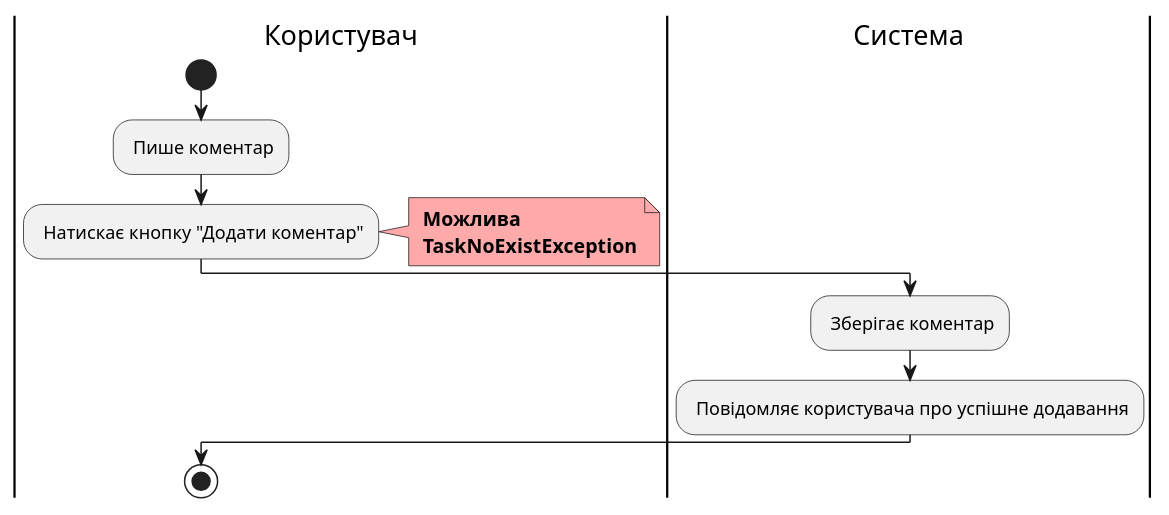
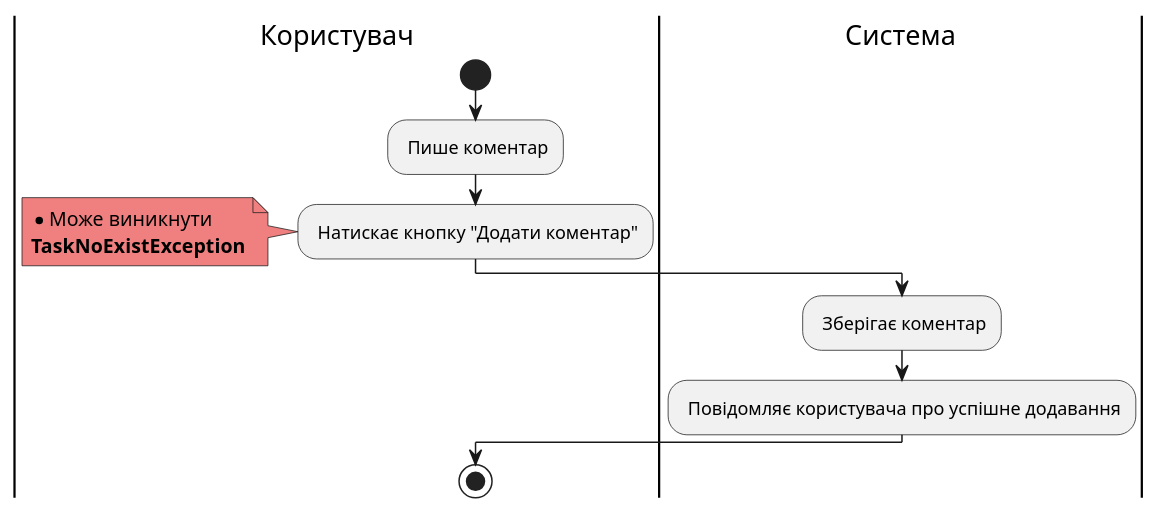
One commit to samoilenkomariia/db-coursework changed the fifth of 6 diagrams in docs/use cases/README.md. Above: the diagram before and after it, drawn with PlantUML. The commit also changed other lines of this file, not shown here.

Commit message:
Update style of diagrams

```diff
--- a/docs/use cases/README.md
+++ b/docs/use cases/README.md
@@ -282,18 +287,19 @@
 @startuml
     
     |Користувач|
     start;
     : Пише коментар;
     : Натискає кнопку "Додати коментар";
-    note right #ffaaaa
-    <b> Можлива
-    <b> TaskNoExistException
+    
+    note left #lightcoral
+    * Може виникнути
+    <b>TaskNoExistException</b>
     end note
 
     |Система|
     : Зберігає коментар;
     : Повідомляє користувача про успішне додавання;
 
     |Користувач|
         stop;
 @enduml
```
